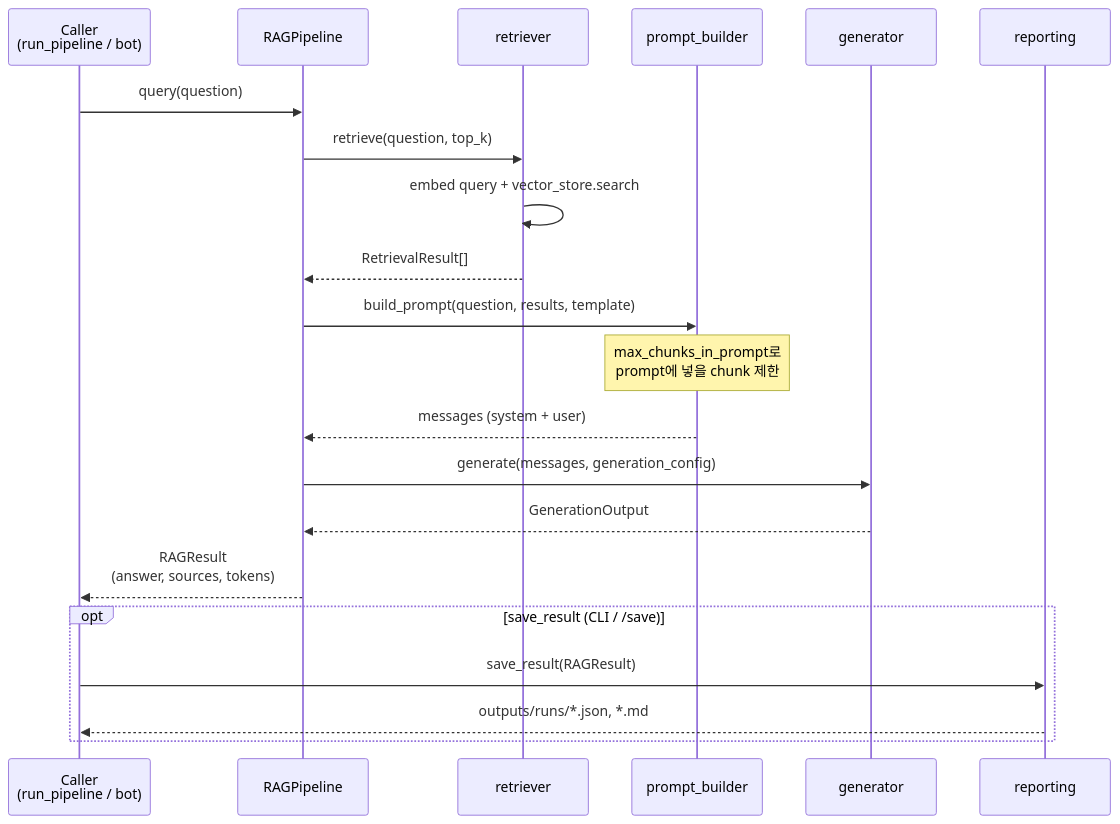
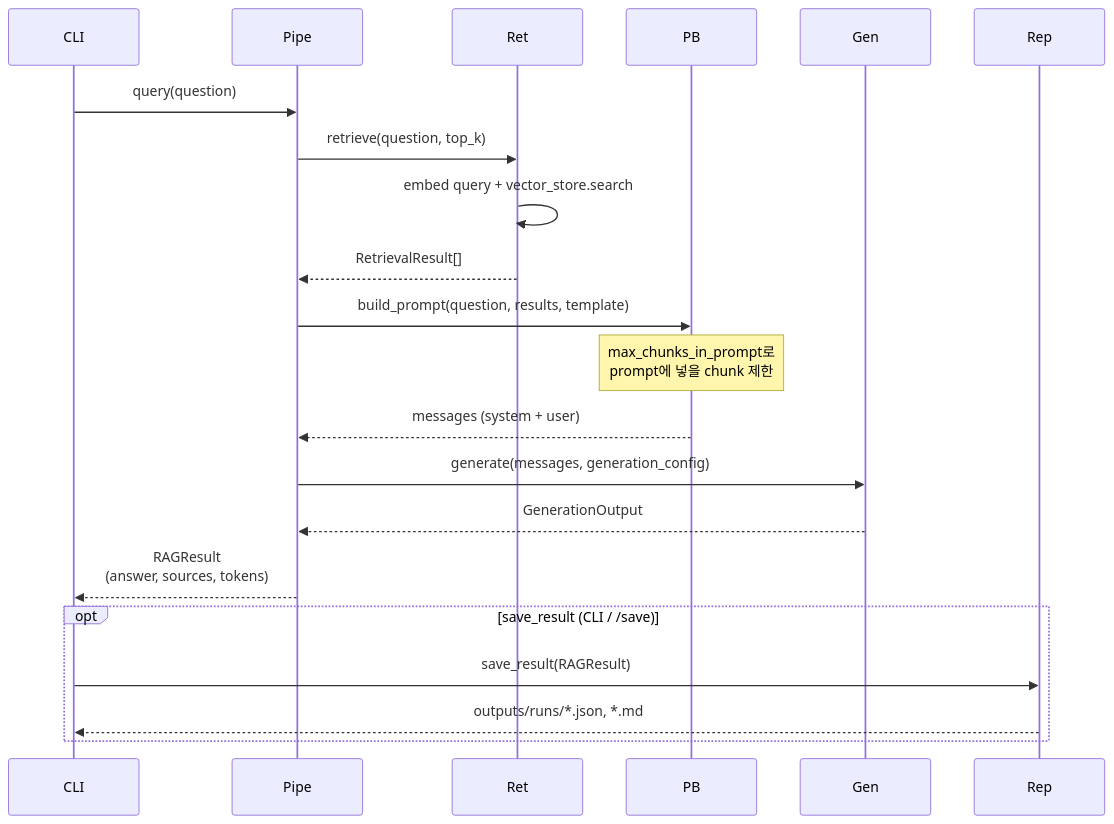
One commit to Ontology0/Graduation-Project changed the second of 2 diagrams in src/rag/README.md. Above: the diagram before and after it, drawn with Mermaid. The commit also changed other lines of this file, not shown here.

Commit message:
docs:RAG README 시퀀스 다이어그램 participant 약어 단순화

````diff
--- a/src/rag/README.md
+++ b/src/rag/README.md
@@ -83,28 +85,28 @@
 ```mermaid
 sequenceDiagram
-    participant Caller as Caller<br/>(run_pipeline / bot)
-    participant Pipe as RAGPipeline
-    participant Ret as retriever
-    participant PB as prompt_builder
-    participant Gen as generator
-    participant Rep as reporting
+    participant CLI
+    participant Pipe
+    participant Ret
+    participant PB
+    participant Gen
+    participant Rep
 
-    Caller->>Pipe: query(question)
+    CLI->>Pipe: query(question)
     Pipe->>Ret: retrieve(question, top_k)
     Ret->>Ret: embed query + vector_store.search
     Ret-->>Pipe: RetrievalResult[]
 
     Pipe->>PB: build_prompt(question, results, template)
     Note over PB: max_chunks_in_prompt로<br/>prompt에 넣을 chunk 제한
     PB-->>Pipe: messages (system + user)
 
     Pipe->>Gen: generate(messages, generation_config)
     Gen-->>Pipe: GenerationOutput
 
-    Pipe-->>Caller: RAGResult<br/>(answer, sources, tokens)
+    Pipe-->>CLI: RAGResult<br/>(answer, sources, tokens)
 
     opt save_result (CLI / /save)
-        Caller->>Rep: save_result(RAGResult)
-        Rep-->>Caller: outputs/runs/*.json, *.md
+        CLI->>Rep: save_result(RAGResult)
+        Rep-->>CLI: outputs/runs/*.json, *.md
     end
 ```
````
